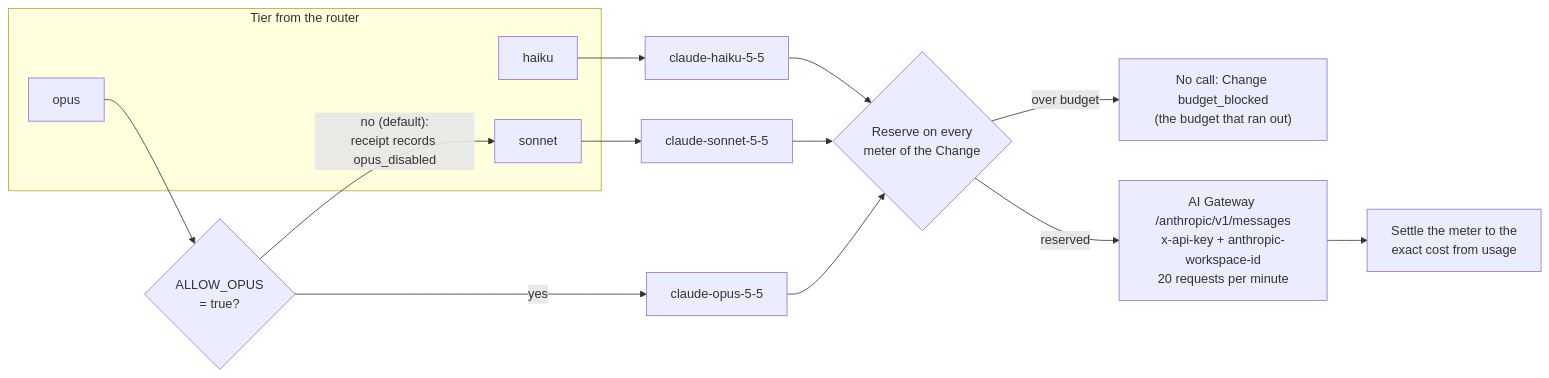
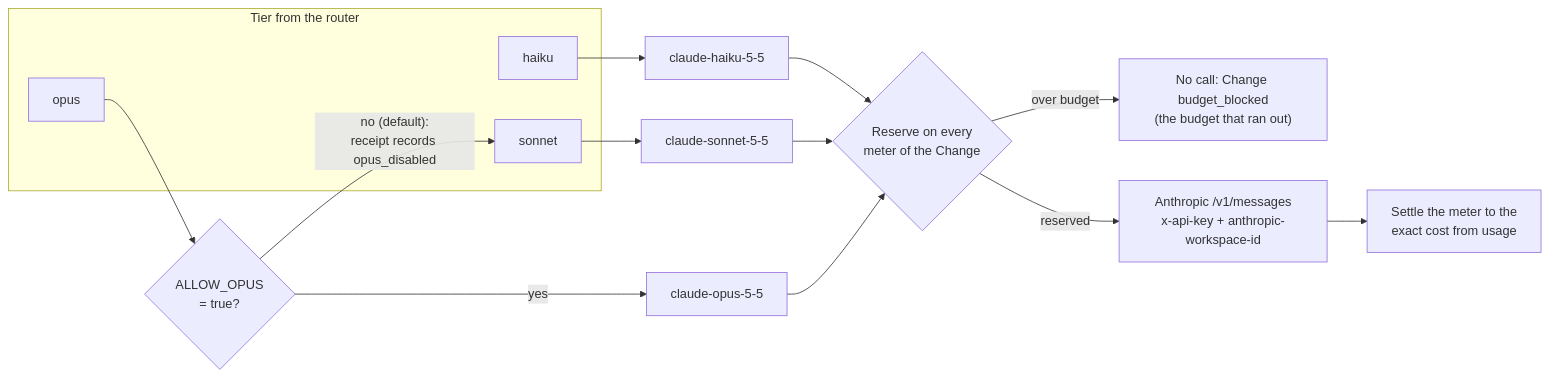
Before and after one commit to nsudhanva/rhumbatron: the fourth of 7 diagrams in docs/architecture/agents-and-models.md, drawn with Mermaid. The commit also changed other lines of this file and 322 other files, not shown here.

````diff
--- a/docs/architecture/agents-and-models.md
+++ b/docs/architecture/agents-and-models.md
@@ -159,19 +159,19 @@
 ```mermaid
 flowchart LR
   subgraph Tier["Tier from the router"]
     H["haiku"]
     S["sonnet"]
     O["opus"]
   end
   O --> OP{"ALLOW_OPUS<br/>= true?"}
   OP -->|"no (default):<br/>receipt records opus_disabled"| S
   OP -->|"yes"| OPUS["claude-opus-5-5"]
   H --> HM["claude-haiku-5-5"]
   S --> SM["claude-sonnet-5-5"]
   HM --> RES{"Reserve on every<br/>meter of the Change"}
   SM --> RES
   OPUS --> RES
   RES -->|"over budget"| STOP["No call: Change budget_blocked<br/>(the budget that ran out)"]
-  RES -->|"reserved"| GW["AI Gateway /anthropic/v1/messages<br/>x-api-key + anthropic-workspace-id<br/>20 requests per minute"]
+  RES -->|"reserved"| GW["Anthropic /v1/messages<br/>x-api-key + anthropic-workspace-id"]
   GW --> SETTLE["Settle the meter to the<br/>exact cost from usage"]
 ```
````
